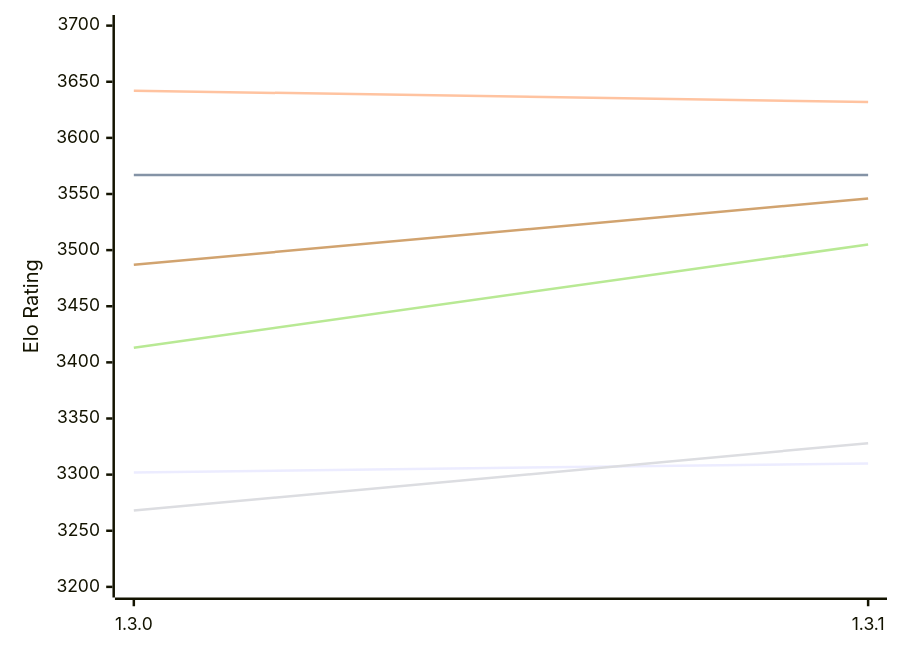
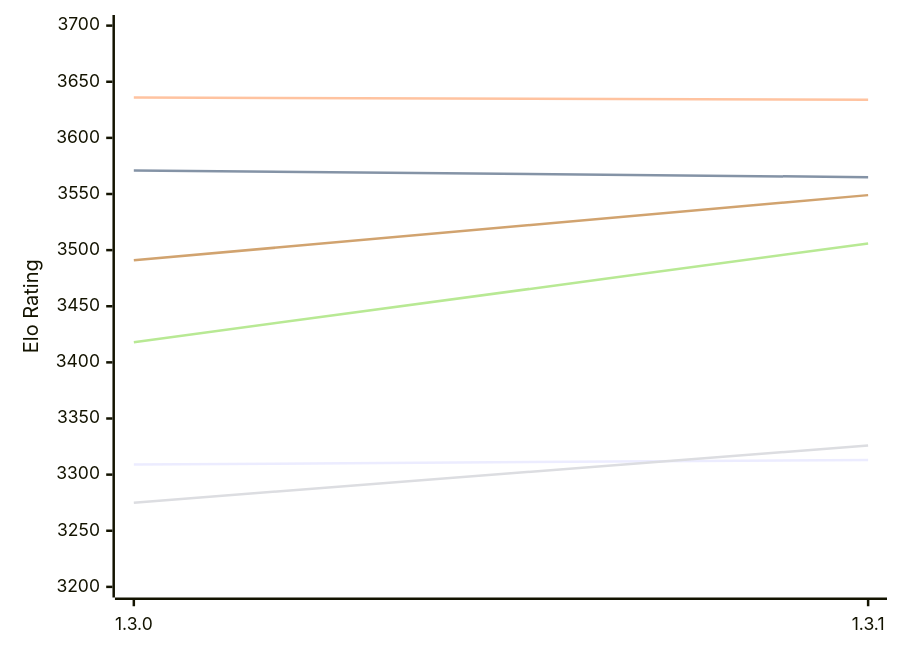
Before and after one commit to computer-chess-index/cci: the first of 2 diagrams in engines/Renegade.md, drawn with Mermaid. The commit also changed other lines of this file, not shown here.

Commit message:
Update CCI Ratings (ELO VLTC) - 2026-11-17

````diff
--- a/engines/Renegade.md
+++ b/engines/Renegade.md
@@ -50,12 +50,12 @@
 ```mermaid
 %%{init: {"theme":"base","themeVariables":{"seriesColors:['#a3a3a3','#222221','#faa371']}}}%%
 xychart-beta
   x-axis ["1.3.0", "1.3.1"]
   y-axis "Elo Rating" 3200 --> 3700
-  line "E1: STC (8.0+0.08s)" [3302, 3310]
-  line "E1: LTC (60.0+0.60s)" [3567, 3567]
-  line "E1: VLTC (2m24s+1.12s)" [3642, 3632]
-  line "P1: STC (8.0+0.08s)" [3268, 3328]
-  line "P1: LTC (60.0+0.60s)" [3413, 3505]
-  line "P1: VLTC (2m24s+1.12s)" [3487, 3546]
+  line "E1: STC (8.0+0.08s)" [3309, 3313]
+  line "E1: LTC (60.0+0.60s)" [3571, 3565]
+  line "E1: VLTC (2m24s+1.12s)" [3636, 3634]
+  line "P1: STC (8.0+0.08s)" [3275, 3326]
+  line "P1: LTC (60.0+0.60s)" [3418, 3506]
+  line "P1: VLTC (2m24s+1.12s)" [3491, 3549]
 ```
````
